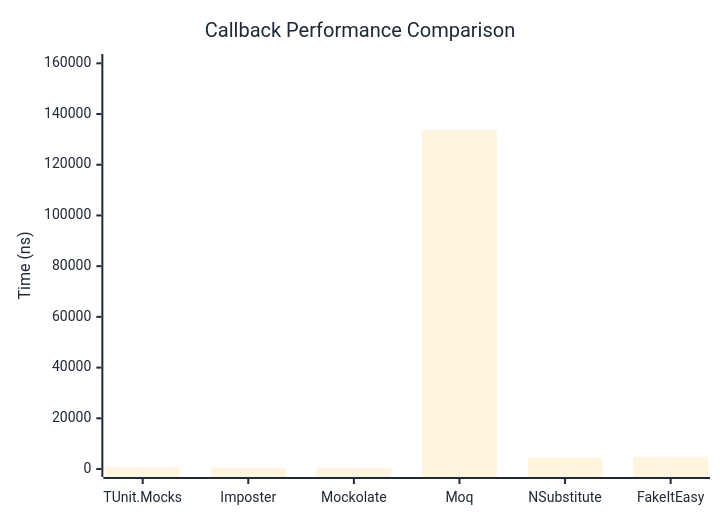
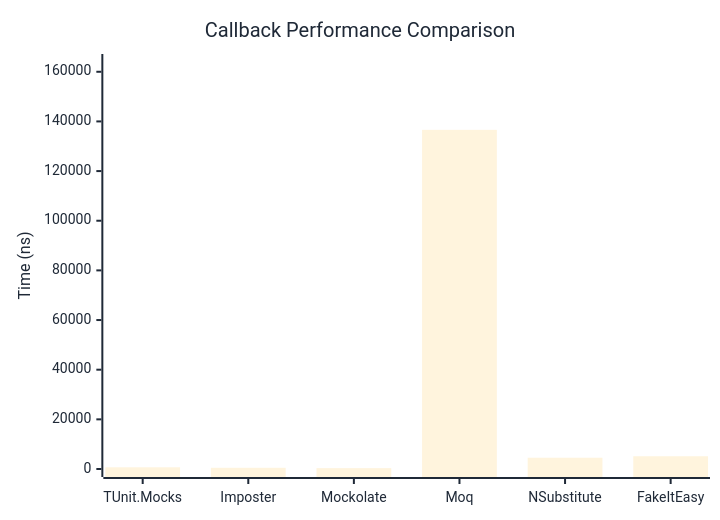
One commit to thomhurst/TUnit changed the first of 2 diagrams in docs/docs/benchmarks/mocks/Callback.md. Above: the diagram before and after it, drawn with Mermaid. The commit also changed other lines of this file and 14 other files, not shown here.

````diff
--- a/docs/docs/benchmarks/mocks/Callback.md
+++ b/docs/docs/benchmarks/mocks/Callback.md
@@ -30,27 +30,27 @@
 ```mermaid
 %%{init: {
   'theme':'base',
   'themeVariables': {
     'primaryColor': '#2563eb',
     'primaryTextColor': '#1f2937',
     'primaryBorderColor': '#1e40af',
     'lineColor': '#6b7280',
     'secondaryColor': '#7c3aed',
     'tertiaryColor': '#dc2626',
     'background': '#ffffff',
     'pie1': '#2563eb',
     'pie2': '#7c3aed',
     'pie3': '#dc2626',
     'pie4': '#f59e0b',
     'pie5': '#10b981',
     'pie6': '#06b6d4',
     'pie7': '#ec4899',
     'pie8': '#6366f1'
   }
 }}%%
 xychart-beta
   title "Callback Performance Comparison"
   x-axis ["TUnit.Mocks", "Imposter", "Mockolate", "Moq", "NSubstitute", "FakeItEasy"]
-  y-axis "Time (ns)" 0 --> 160525
-  bar [655.2, 471.4, 347.4, 133770.5, 4456.9, 4787.2]
+  y-axis "Time (ns)" 0 --> 163936
+  bar [686.6, 489.2, 345.9, 136612.6, 4544, 5134]
 ```
````
